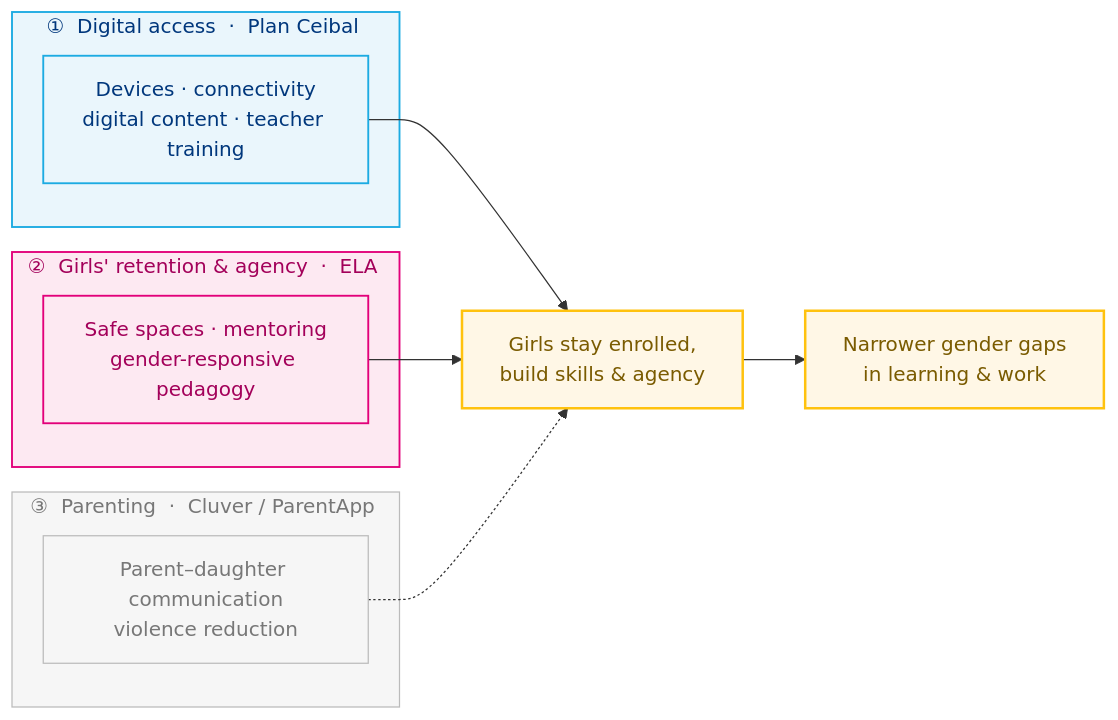
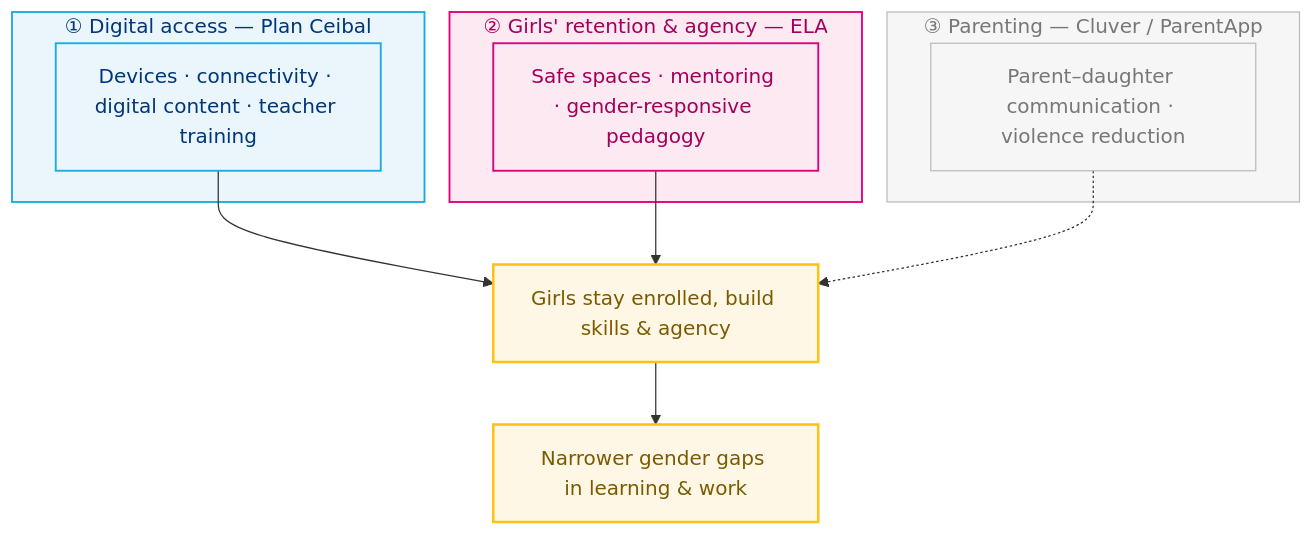
Before and after one commit to hgrueso/bolivia-aula-conectada: the first of 2 diagrams in code/06_slides_en.qmd, drawn with Mermaid. The commit also changed other lines of this file and 3 other files, not shown here.

Commit message:
Single-anchor cost-effectiveness (Porter), drop ELA compound; SEM diagram to A2; ToC diagram layout fix

````diff
--- a/code/06_slides_en.qmd
+++ b/code/06_slides_en.qmd
@@ -326,27 +326,27 @@
 ```{mermaid}
-%%| fig-width: 13
-flowchart LR
-    subgraph A["①&nbsp;&nbsp;Digital access&nbsp;&nbsp;·&nbsp;&nbsp;Plan Ceibal&nbsp;"]
-        A1["Devices · connectivity<br/>digital content · teacher training"]
+%%| fig-width: 11
+flowchart TB
+    subgraph A["① Digital access — Plan Ceibal"]
+        A1["Devices · connectivity · digital content · teacher training"]
     end
-    subgraph B["②&nbsp;&nbsp;Girls' retention &amp; agency&nbsp;&nbsp;·&nbsp;&nbsp;ELA&nbsp;"]
-        B1["Safe spaces · mentoring<br/>gender-responsive pedagogy"]
+    subgraph B["② Girls' retention & agency — ELA"]
+        B1["Safe spaces · mentoring · gender-responsive pedagogy"]
     end
-    subgraph C["③&nbsp;&nbsp;Parenting&nbsp;&nbsp;·&nbsp;&nbsp;Cluver / ParentApp&nbsp;"]
-        C1["Parent–daughter communication<br/>violence reduction"]
+    subgraph C["③ Parenting — Cluver / ParentApp"]
+        C1["Parent–daughter communication · violence reduction"]
     end
 
-    A1 --> R["Girls stay enrolled,<br/>build skills &amp; agency"]
+    A1 --> R["Girls stay enrolled, build skills & agency"]
     B1 --> R
     C1 -.-> R
-    R --> I["Narrower gender gaps<br/>in learning &amp; work"]
+    R --> I["Narrower gender gaps in learning & work"]
 
     class A,A1 layerA
     class B,B1 layerB
     class C,C1 layerC
     class R,I outcome
     classDef layerA fill:#eaf6fc,stroke:#1CABE2,stroke-width:1.5px,color:#00377C
     classDef layerB fill:#fde9f2,stroke:#E2007A,stroke-width:1.5px,color:#a3005a
     classDef layerC fill:#f6f6f6,stroke:#bbbbbb,stroke-width:1px,color:#777777
     classDef outcome fill:#fff7e6,stroke:#FFC20E,stroke-width:2px,color:#7a5b00
 ```
````
